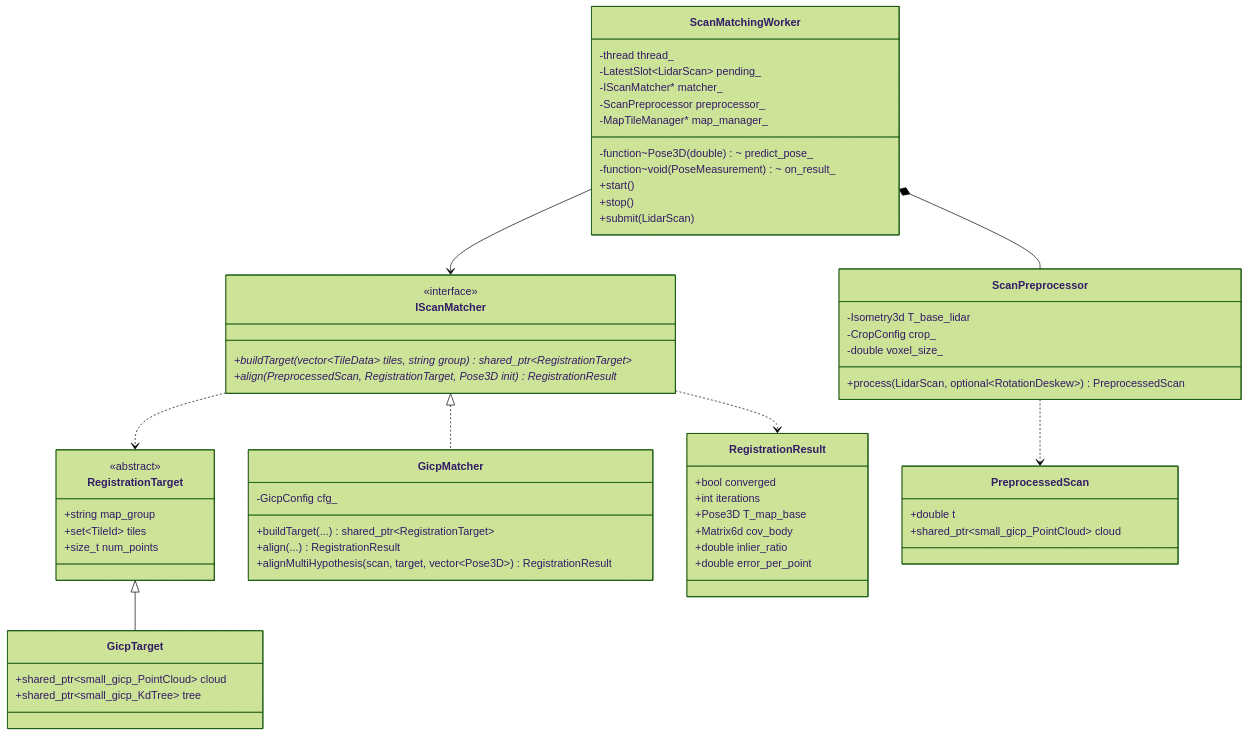
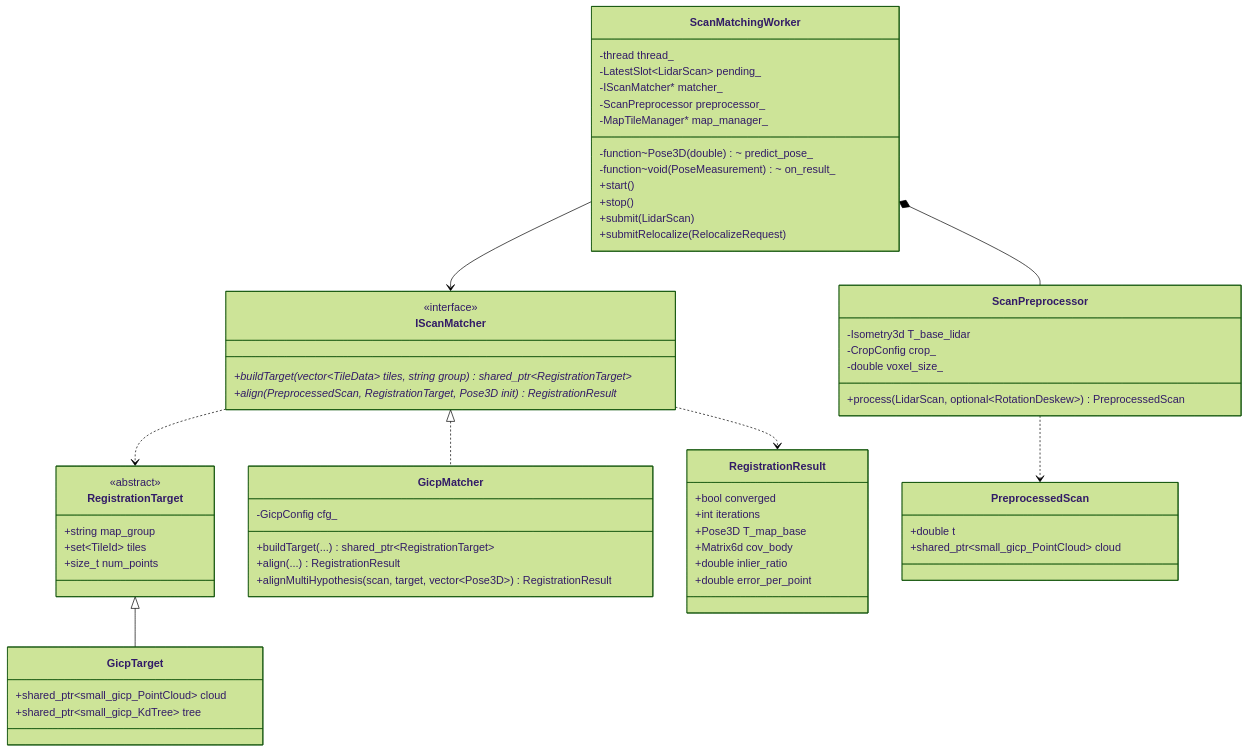
Before and after one commit to mamoru1126/gnss_and_lidar_localization: the seventh of 12 diagrams in docs/architecture.md, drawn with Mermaid (forest theme). The commit also changed other lines of this file and 1 other file, not shown here.

````diff
--- a/docs/architecture.md
+++ b/docs/architecture.md
@@ -528,64 +608,65 @@
 ```mermaid
 classDiagram
   direction TB
 
   class IScanMatcher {
     <<interface>>
     +buildTarget(vector~TileData~ tiles, string group) shared_ptr~RegistrationTarget~*
     +align(PreprocessedScan, RegistrationTarget, Pose3D init) RegistrationResult*
   }
   class RegistrationTarget {
     <<abstract>>
     +string map_group
     +set~TileId~ tiles
     +size_t num_points
   }
   class GicpTarget {
     +shared_ptr~small_gicp_PointCloud~ cloud
     +shared_ptr~small_gicp_KdTree~ tree
   }
   class GicpMatcher {
     -GicpConfig cfg_
     +buildTarget(...) shared_ptr~RegistrationTarget~
     +align(...) RegistrationResult
     +alignMultiHypothesis(scan, target, vector~Pose3D~) RegistrationResult
   }
   class RegistrationResult {
     +bool converged
     +int iterations
     +Pose3D T_map_base
     +Matrix6d cov_body
     +double inlier_ratio
     +double error_per_point
   }
   class ScanPreprocessor {
     -Isometry3d T_base_lidar
     -CropConfig crop_
     -double voxel_size_
     +process(LidarScan, optional~RotationDeskew~) PreprocessedScan
   }
   class PreprocessedScan {
     +double t
     +shared_ptr~small_gicp_PointCloud~ cloud
   }
   class ScanMatchingWorker {
     -thread thread_
     -LatestSlot~LidarScan~ pending_
     -IScanMatcher* matcher_
     -ScanPreprocessor preprocessor_
     -MapTileManager* map_manager_
     -function~Pose3D(double)~ predict_pose_
     -function~void(PoseMeasurement)~ on_result_
     +start()
     +stop()
     +submit(LidarScan)
+    +submitRelocalize(RelocalizeRequest)
   }
 
   IScanMatcher <|.. GicpMatcher
   RegistrationTarget <|-- GicpTarget
   IScanMatcher ..> RegistrationTarget
   IScanMatcher ..> RegistrationResult
   ScanMatchingWorker *-- ScanPreprocessor
   ScanMatchingWorker --> IScanMatcher
   ScanPreprocessor ..> PreprocessedScan
 ```
````
